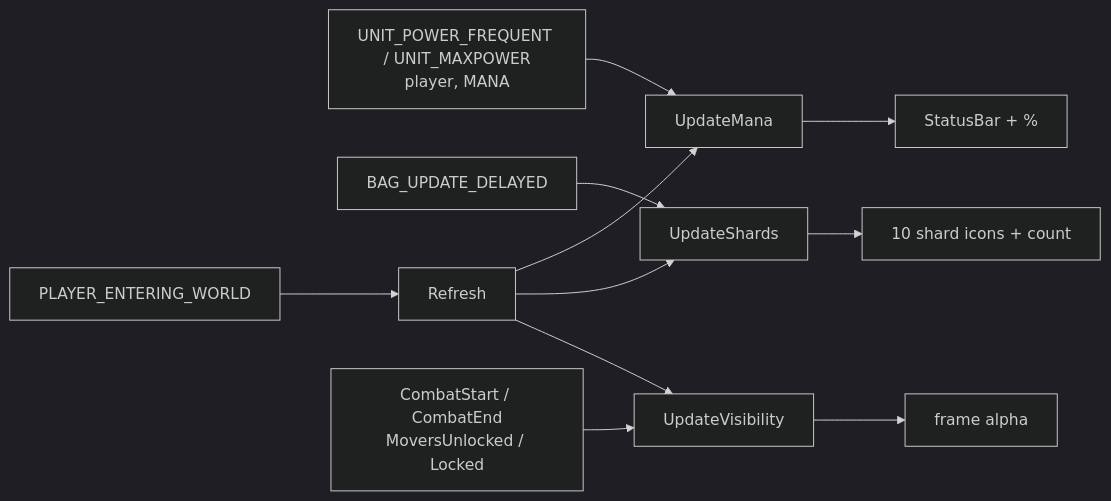
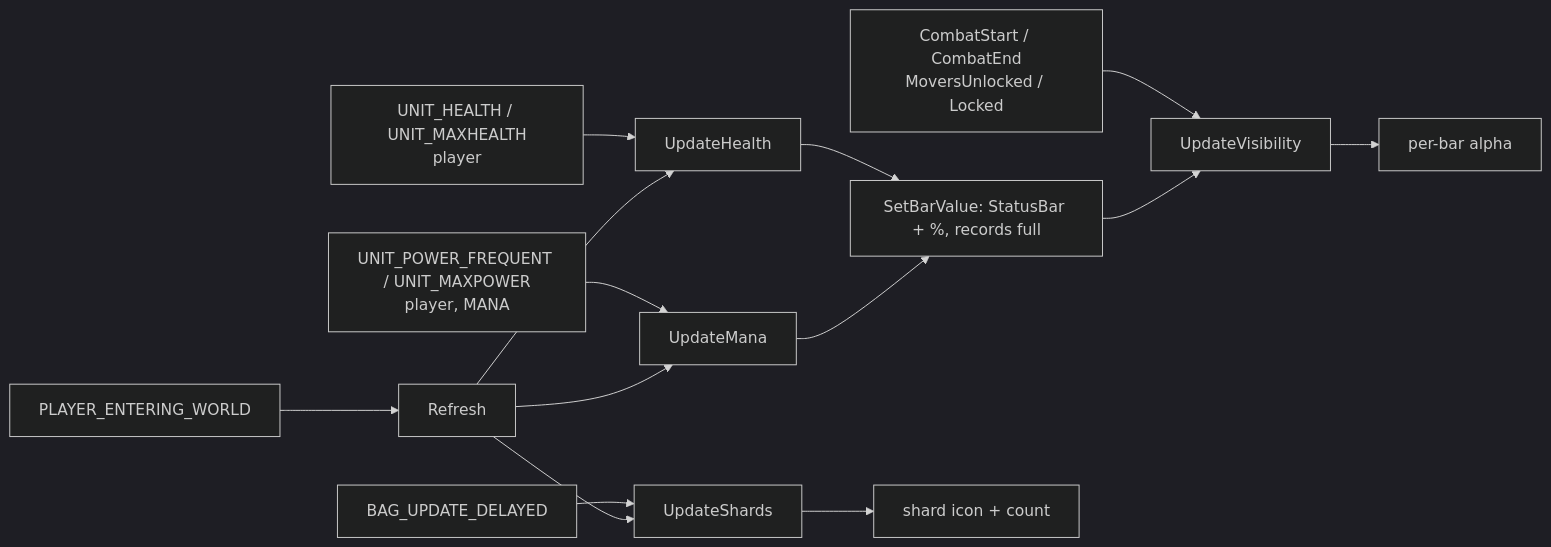
One commit to PhillypHenning/grimoire changed the second of 3 diagrams in docs/features/warlock-resource-bar/README.md. Above: the diagram before and after it, drawn with Mermaid (dark theme). The commit also changed other lines of this file and 3 other files, not shown here.

First line of the commit message:
Warlock bar: add health bar, single shard icon, fade only when full

````diff
--- a/docs/features/warlock-resource-bar/README.md
+++ b/docs/features/warlock-resource-bar/README.md
@@ -30,11 +30,12 @@
 ```mermaid
 flowchart LR
+    E0[UNIT_HEALTH / UNIT_MAXHEALTH<br/>player] --> UH[UpdateHealth]
     E1[UNIT_POWER_FREQUENT / UNIT_MAXPOWER<br/>player, MANA] --> UM[UpdateMana]
     E2[BAG_UPDATE_DELAYED] --> US[UpdateShards]
     E3[PLAYER_ENTERING_WORLD] --> R[Refresh]
     C1[CombatStart / CombatEnd<br/>MoversUnlocked / Locked] --> UV[UpdateVisibility]
-    R --> UM & US & UV
-    UM --> W1[StatusBar + %]
-    US --> W2[10 shard icons + count]
-    UV --> W3[frame alpha]
+    R --> UH & UM & US
+    UH & UM --> SB[SetBarValue: StatusBar + %, records full] --> UV
+    US --> W2[shard icon + count]
+    UV --> W3[per-bar alpha]
 ```
````
